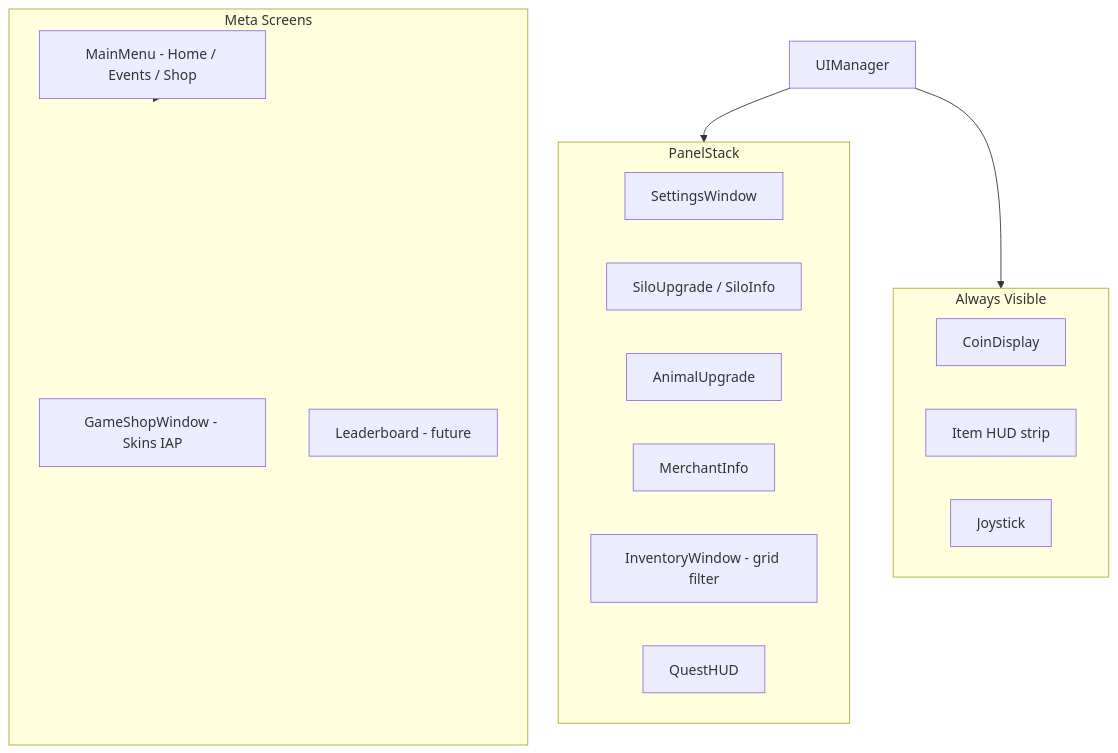
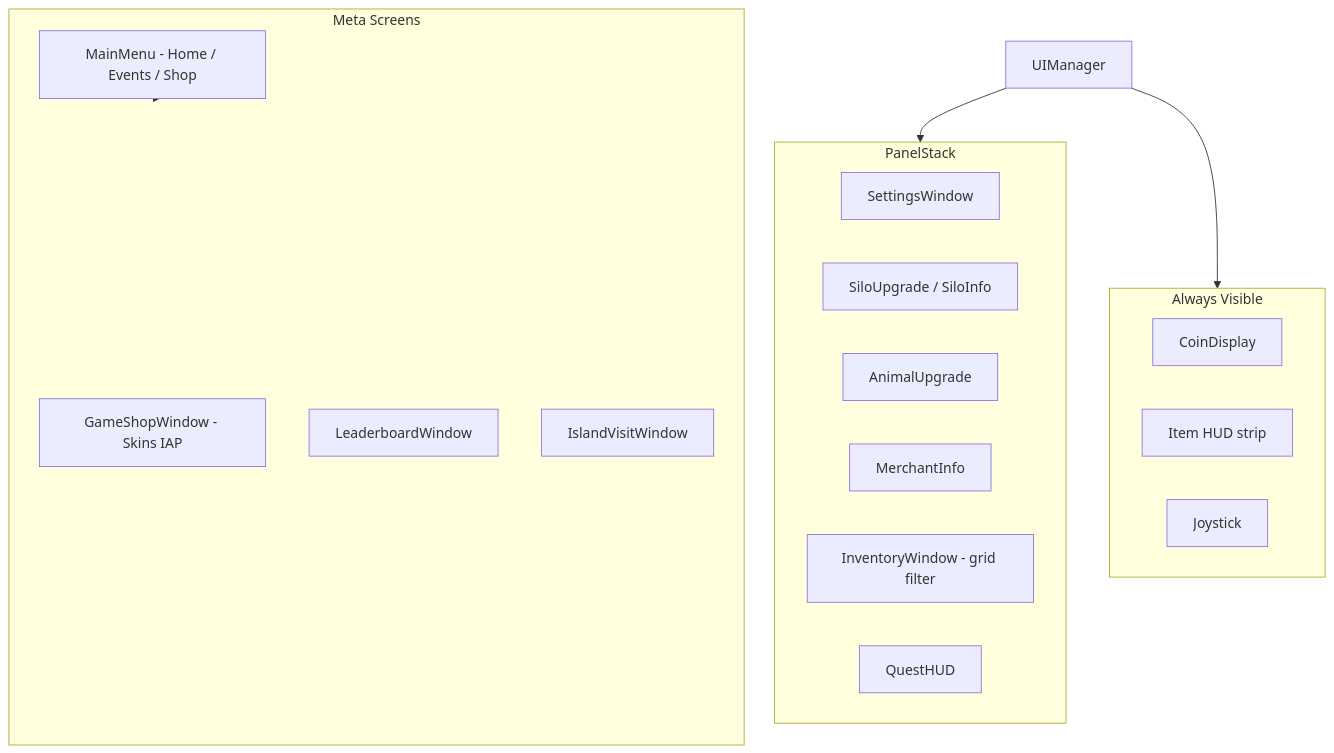
Before and after one commit to ducanhdev-lab/Farm-Simulator: diagram 12 of 15 in Assets/_Game/Documentation/FARM_LIFE_DESIGN.md, drawn with Mermaid. The commit also changed other lines of this file and 72 other files, not shown here.

````diff
--- a/Assets/_Game/Documentation/FARM_LIFE_DESIGN.md
+++ b/Assets/_Game/Documentation/FARM_LIFE_DESIGN.md
@@ -415,27 +497,28 @@
 ```mermaid
 flowchart TB
     subgraph hud [Always Visible]
         Coin[CoinDisplay]
         Items[Item HUD strip]
         Joy[Joystick]
     end
 
     subgraph stack [PanelStack]
         Settings[SettingsWindow]
         SiloUI[SiloUpgrade / SiloInfo]
         BarnUI[AnimalUpgrade]
         MerchantUI[MerchantInfo]
         InvWin[InventoryWindow - grid filter]
         QuestUI[QuestHUD]
     end
 
     subgraph meta [Meta Screens]
         MainMenu[MainMenu - Home / Events / Shop]
         Shop[GameShopWindow - Skins IAP]
-        LeaderboardUI[Leaderboard - future]
+        LeaderboardUI[LeaderboardWindow]
+        VisitUI[IslandVisitWindow]
     end
 
     UIRoot[UIManager] --> hud
     UIRoot --> stack
     MainMenu --> meta
 ```
````
